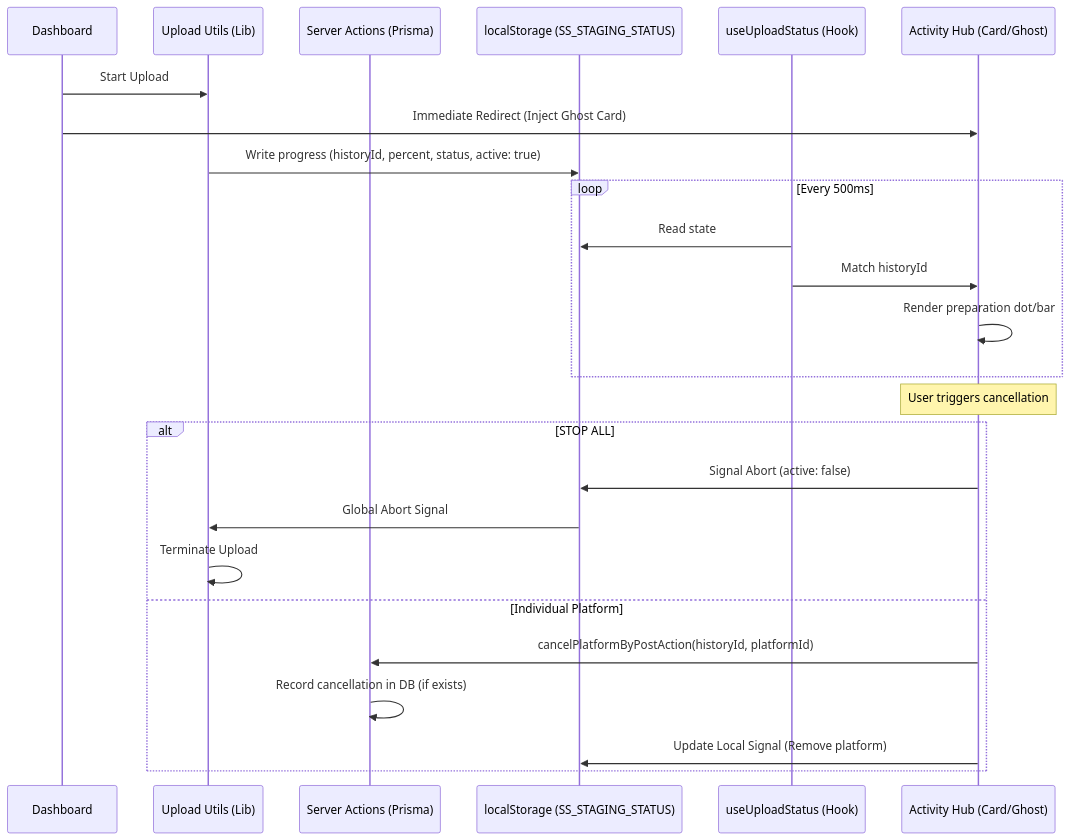
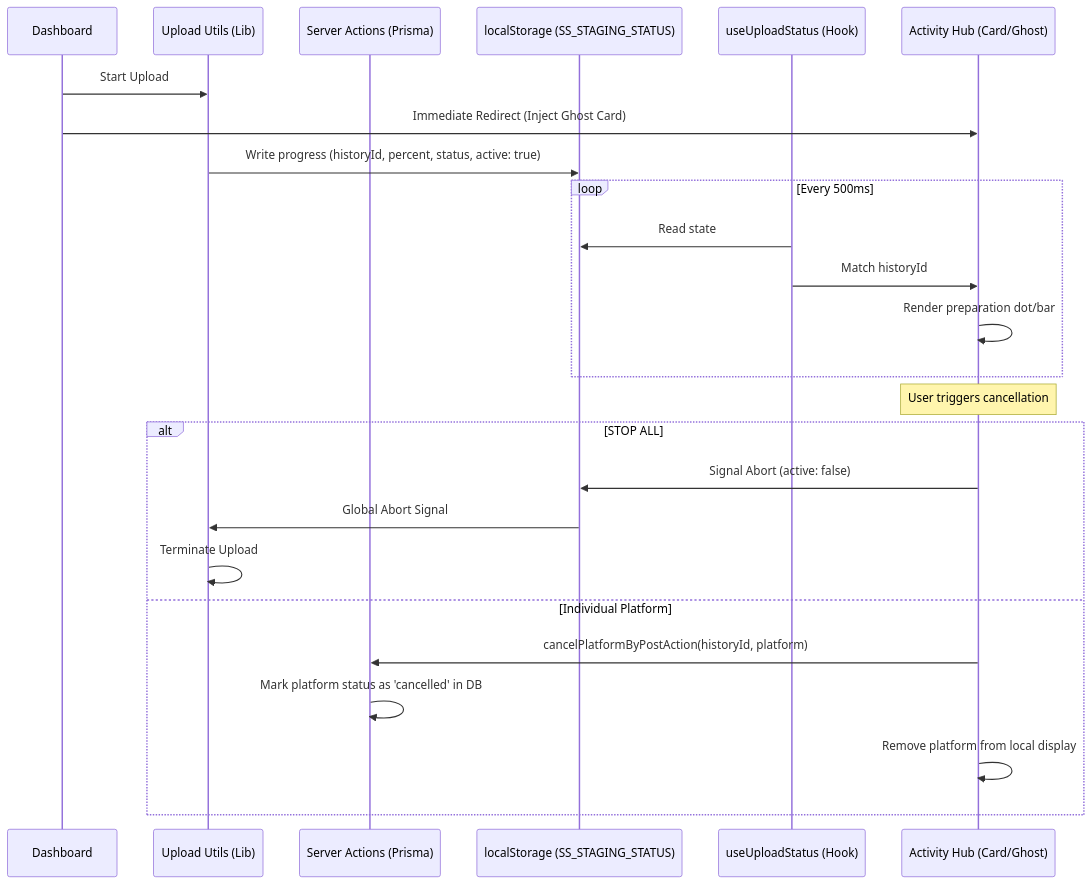
The diagram in docs/features/UPLOAD_VISIBILITY.md (thoufeeque22/social-studio-app), drawn with Mermaid before and after one commit. The commit also changed other lines of this file and 1 other file, not shown here.

Commit message:
docs: finalize upload visibility architecture and UAT

````diff
--- a/docs/features/UPLOAD_VISIBILITY.md
+++ b/docs/features/UPLOAD_VISIBILITY.md
@@ -11,28 +11,28 @@
 ```mermaid
 sequenceDiagram
     participant D as Dashboard
     participant U as Upload Utils (Lib)
     participant SA as Server Actions (Prisma)
     participant LS as localStorage (SS_STAGING_STATUS)
     participant H as useUploadStatus (Hook)
     participant AC as Activity Hub (Card/Ghost)
 
     D->>U: Start Upload
     D->>AC: Immediate Redirect (Inject Ghost Card)
     U->>LS: Write progress (historyId, percent, status, active: true)
     loop Every 500ms
         H->>LS: Read state
         H->>AC: Match historyId
         AC->>AC: Render preparation dot/bar
     end
     Note over AC: User triggers cancellation
     alt STOP ALL
         AC->>LS: Signal Abort (active: false)
         LS->>U: Global Abort Signal
         U->>U: Terminate Upload
     else Individual Platform
-        AC->>SA: cancelPlatformByPostAction(historyId, platformId)
-        SA->>SA: Record cancellation in DB (if exists)
-        AC->>LS: Update Local Signal (Remove platform)
+        AC->>SA: cancelPlatformByPostAction(historyId, platform)
+        SA->>SA: Mark platform status as 'cancelled' in DB
+        AC->>AC: Remove platform from local display
     end
 ```
````
